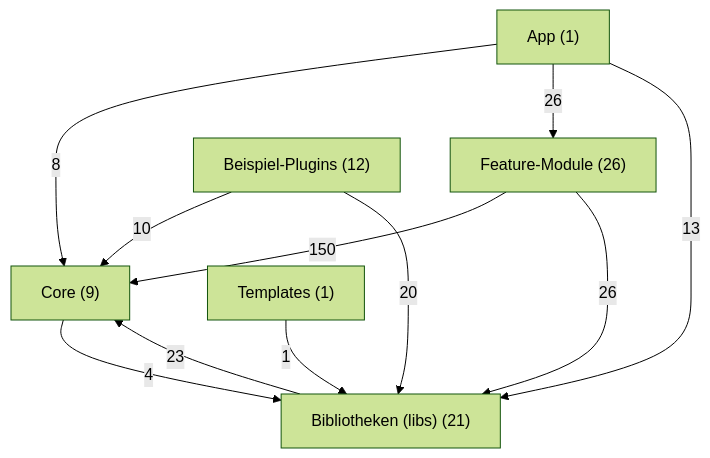
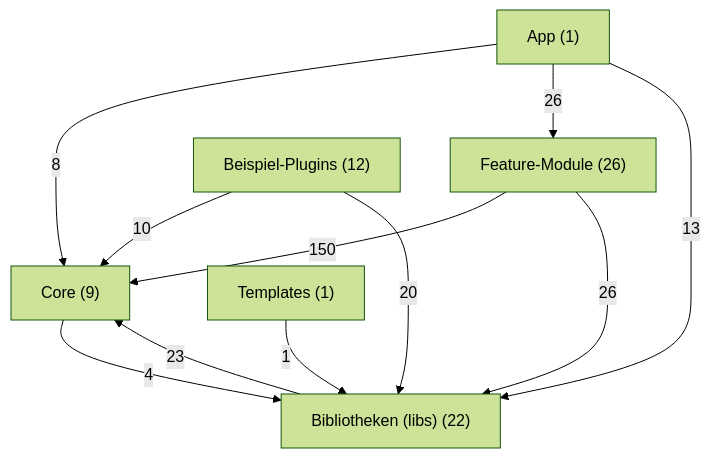
One commit to scto/CodeForgeMobile changed the first of 2 diagrams in docs/dev/module-graph.md. Above: the diagram before and after it, drawn with Mermaid (forest theme). The commit also changed other lines of this file and 15 other files, not shown here.

````diff
--- a/docs/dev/module-graph.md
+++ b/docs/dev/module-graph.md
@@ -9,19 +9,19 @@
 ```mermaid
 flowchart TD
     app["App (1)"]
     feature["Feature-Module (26)"]
     core["Core (9)"]
-    libs["Bibliotheken (libs) (21)"]
+    libs["Bibliotheken (libs) (22)"]
     examples["Beispiel-Plugins (12)"]
     templates["Templates (1)"]
     app -->|8| core
     app -->|26| feature
     app -->|13| libs
     core -->|4| libs
     examples -->|10| core
     examples -->|20| libs
     feature -->|150| core
     feature -->|26| libs
     libs -->|23| core
     templates -->|1| libs
 ```
````
